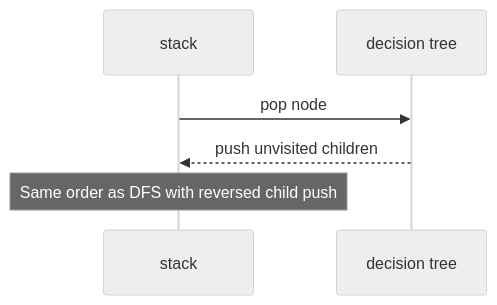
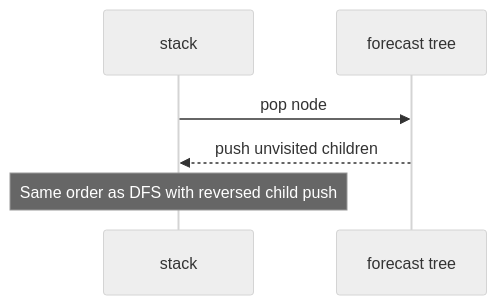
One commit to qgjones9/python-programming-guide changed the eighth of 8 diagrams in docs/dsa/data-structures/stacks/index.md. Above: the diagram before and after it, drawn with Mermaid (neutral theme). The commit also changed other lines of this file and 29 other files, not shown here.

````diff
--- a/docs/dsa/data-structures/stacks/index.md
+++ b/docs/dsa/data-structures/stacks/index.md
@@ -723,8 +711,8 @@
 ```mermaid
 sequenceDiagram
   participant S as stack
-  participant Tree as decision tree
+  participant Tree as forecast tree
   S->>Tree: pop node
   Tree-->>S: push unvisited children
   Note over S: Same order as DFS with reversed child push
 ```
````
